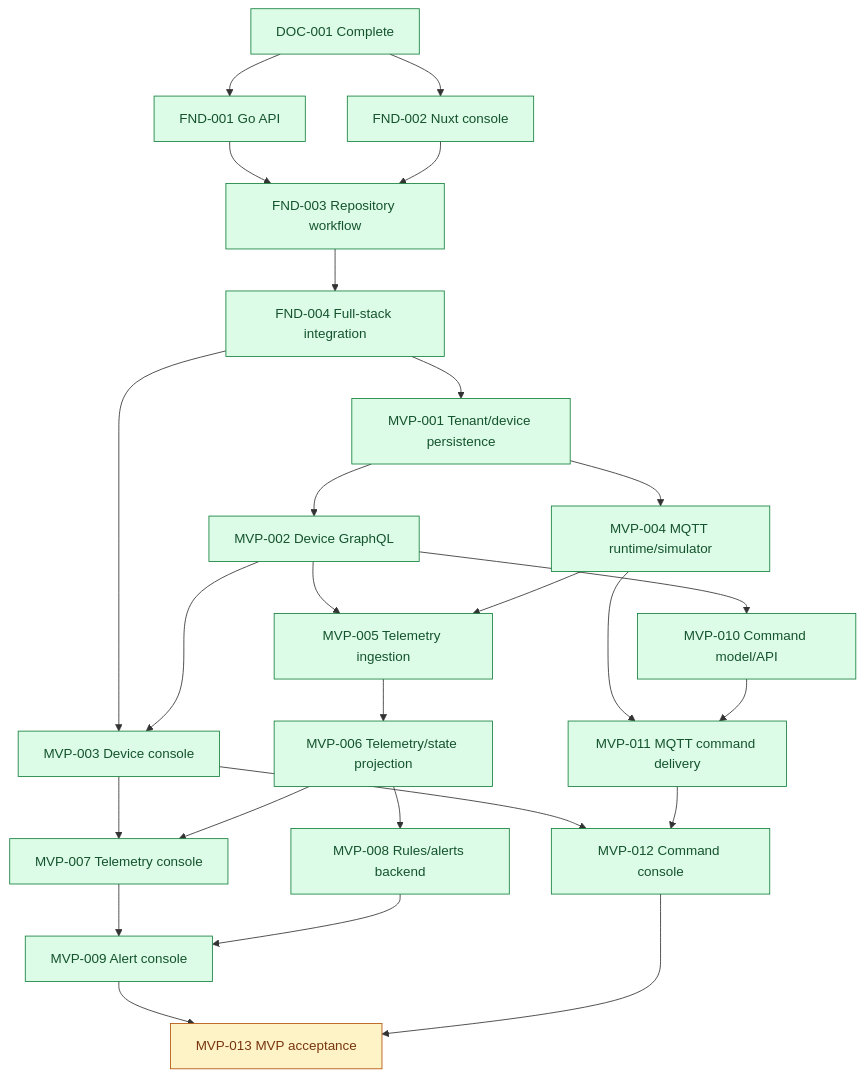
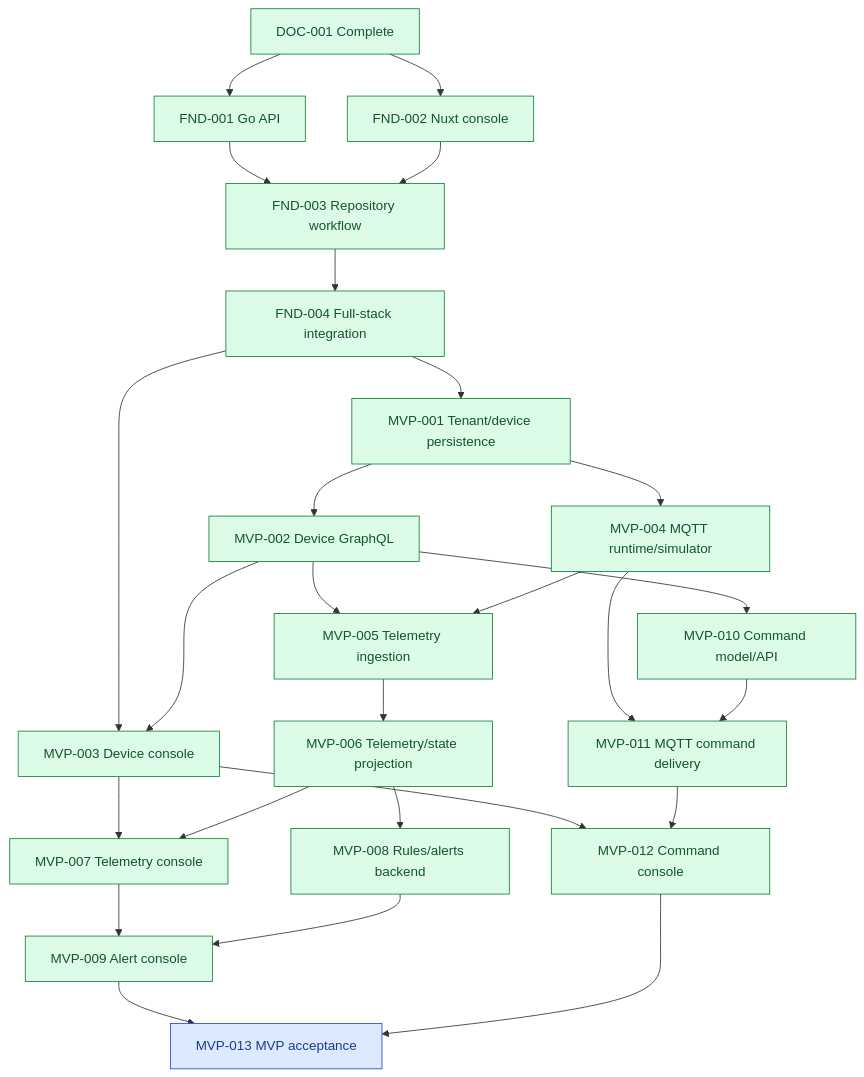
Before and after one commit to methat-ruk/pulsegrid: the second of 2 diagrams in docs/roadmap/roadmap.md, drawn with Mermaid. The commit also changed other lines of this file and 17 other files, not shown here.

Commit message:
fix: address MVP-013 PR review findings

````diff
--- a/docs/roadmap/roadmap.md
+++ b/docs/roadmap/roadmap.md
@@ -49,54 +51,55 @@
 ```mermaid
 flowchart TD
     DOC001[DOC-001 Complete] --> FND001[FND-001 Go API]
     DOC001 --> FND002[FND-002 Nuxt console]
     FND001 --> FND003[FND-003 Repository workflow]
     FND002 --> FND003
     FND003 --> FND004[FND-004 Full-stack integration]
 
     FND004 --> MVP001[MVP-001 Tenant/device persistence]
     MVP001 --> MVP002[MVP-002 Device GraphQL]
     FND004 --> MVP003[MVP-003 Device console]
     MVP002 --> MVP003
 
     MVP001 --> MVP004[MVP-004 MQTT runtime/simulator]
     MVP002 --> MVP005[MVP-005 Telemetry ingestion]
     MVP004 --> MVP005
     MVP005 --> MVP006[MVP-006 Telemetry/state projection]
     MVP003 --> MVP007[MVP-007 Telemetry console]
     MVP006 --> MVP007
 
     MVP006 --> MVP008[MVP-008 Rules/alerts backend]
     MVP007 --> MVP009[MVP-009 Alert console]
     MVP008 --> MVP009
 
     MVP002 --> MVP010[MVP-010 Command model/API]
     MVP004 --> MVP011[MVP-011 MQTT command delivery]
     MVP010 --> MVP011
     MVP003 --> MVP012[MVP-012 Command console]
     MVP011 --> MVP012
 
     MVP009 --> MVP013[MVP-013 MVP acceptance]
     MVP012 --> MVP013
 
     classDef complete fill:#DCFCE7,stroke:#15803D,color:#14532D;
     classDef progress fill:#FEF3C7,stroke:#B45309,color:#78350F;
+    classDef review fill:#DBEAFE,stroke:#1D4ED8,color:#1E3A8A;
     class DOC001 complete;
     class FND001 complete;
     class FND002 complete;
     class FND003 complete;
     class FND004 complete;
     class MVP001 complete;
     class MVP002 complete;
     class MVP003 complete;
     class MVP004 complete;
     class MVP005 complete;
     class MVP006 complete;
     class MVP007 complete;
     class MVP008 complete;
     class MVP009 complete;
     class MVP010 complete;
     class MVP011 complete;
     class MVP012 complete;
-    class MVP013 progress;
+    class MVP013 review;
 ```
````
